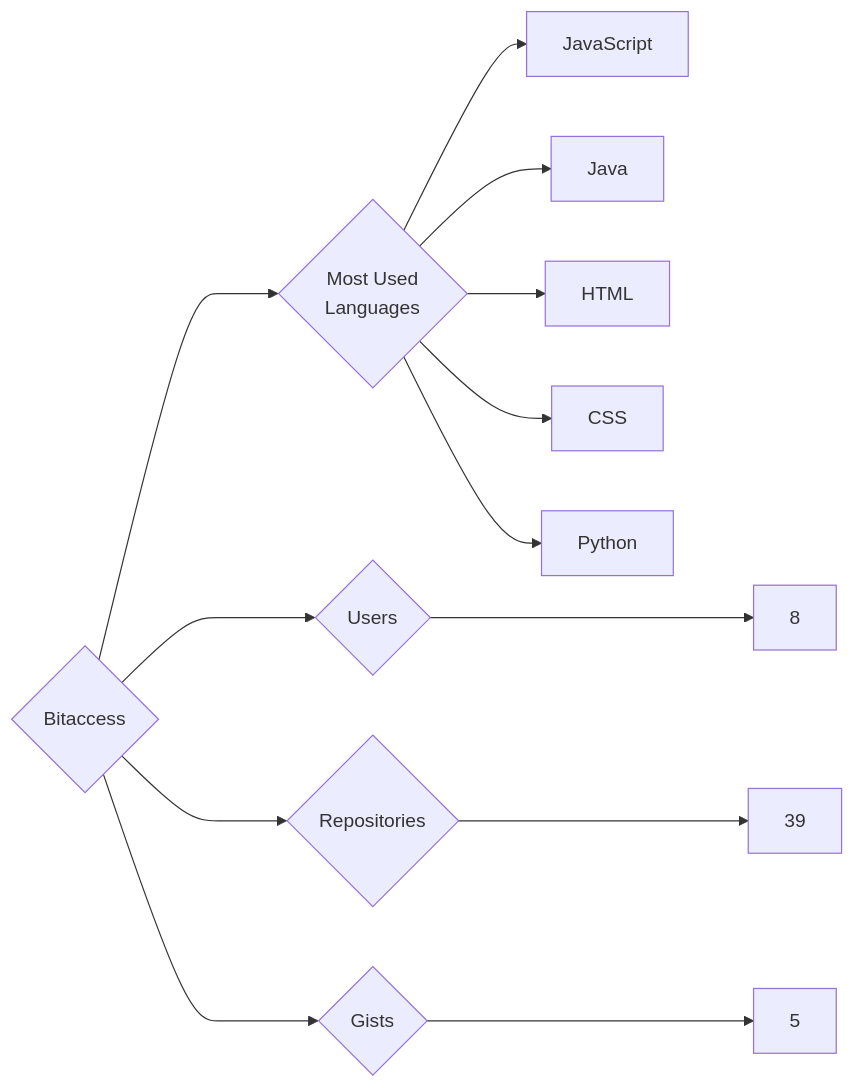
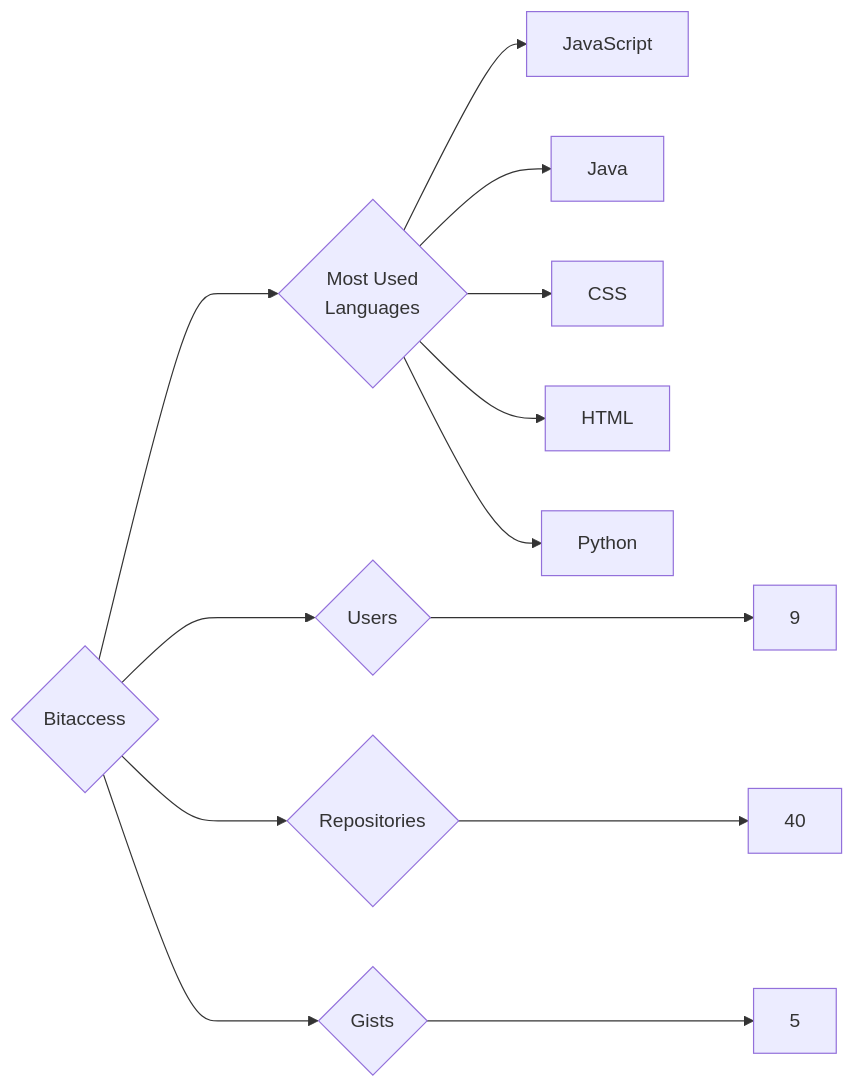
One commit to trickest/insiders changed the diagram in targets/Bitaccess/README.md. Above: the diagram before and after it, drawn with Mermaid. The commit also changed 840 other files, not shown here.

````diff
--- a/targets/Bitaccess/README.md
+++ b/targets/Bitaccess/README.md
@@ -3,13 +3,13 @@
 ```mermaid
 graph LR
 COMPANY_NAME{Bitaccess}
-COMPANY_NAME ---> U{Users} ---> UN[8]
-COMPANY_NAME ---> R{Repositories} ---> RN[39]
+COMPANY_NAME ---> U{Users} ---> UN[9]
+COMPANY_NAME ---> R{Repositories} ---> RN[40]
 COMPANY_NAME ---> G{Gists} ---> GN[5]
 COMPANY_NAME ---> ML{Most Used<br>Languages}
 ML --> JavaScript[JavaScript]
 ML --> Java[Java]
+ML --> CSS[CSS]
 ML --> HTML[HTML]
-ML --> CSS[CSS]
 ML --> Python[Python]
 ```
````
